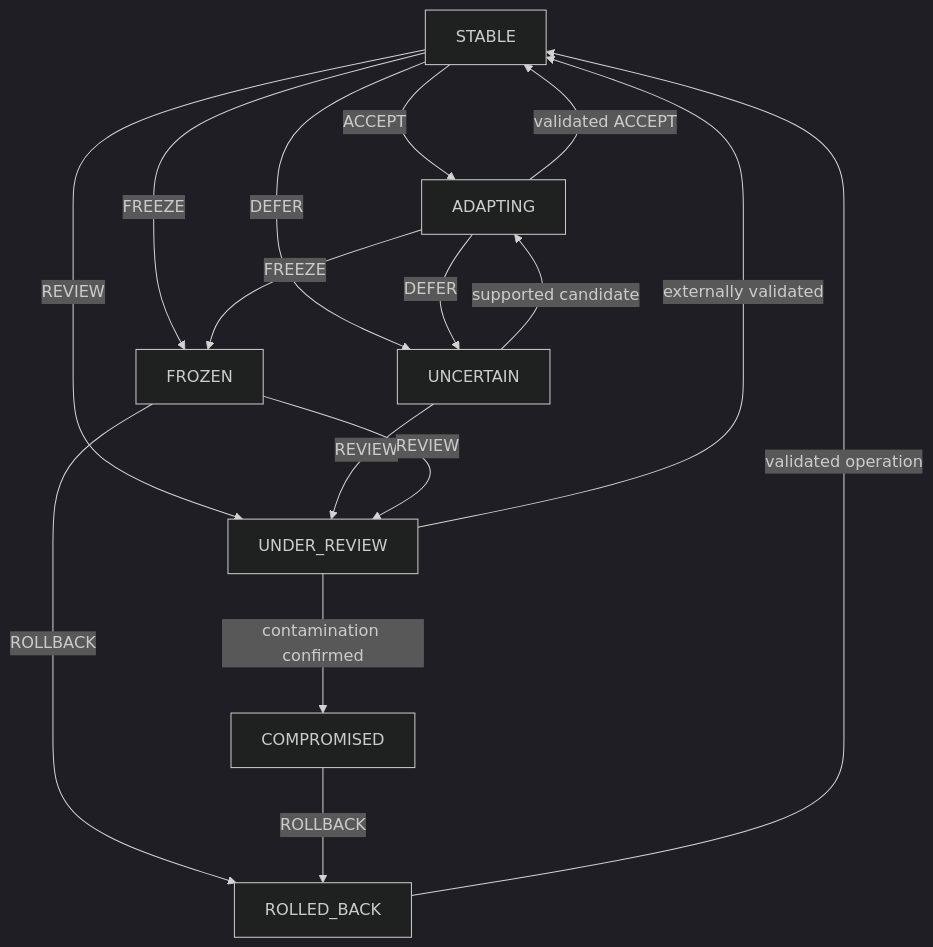
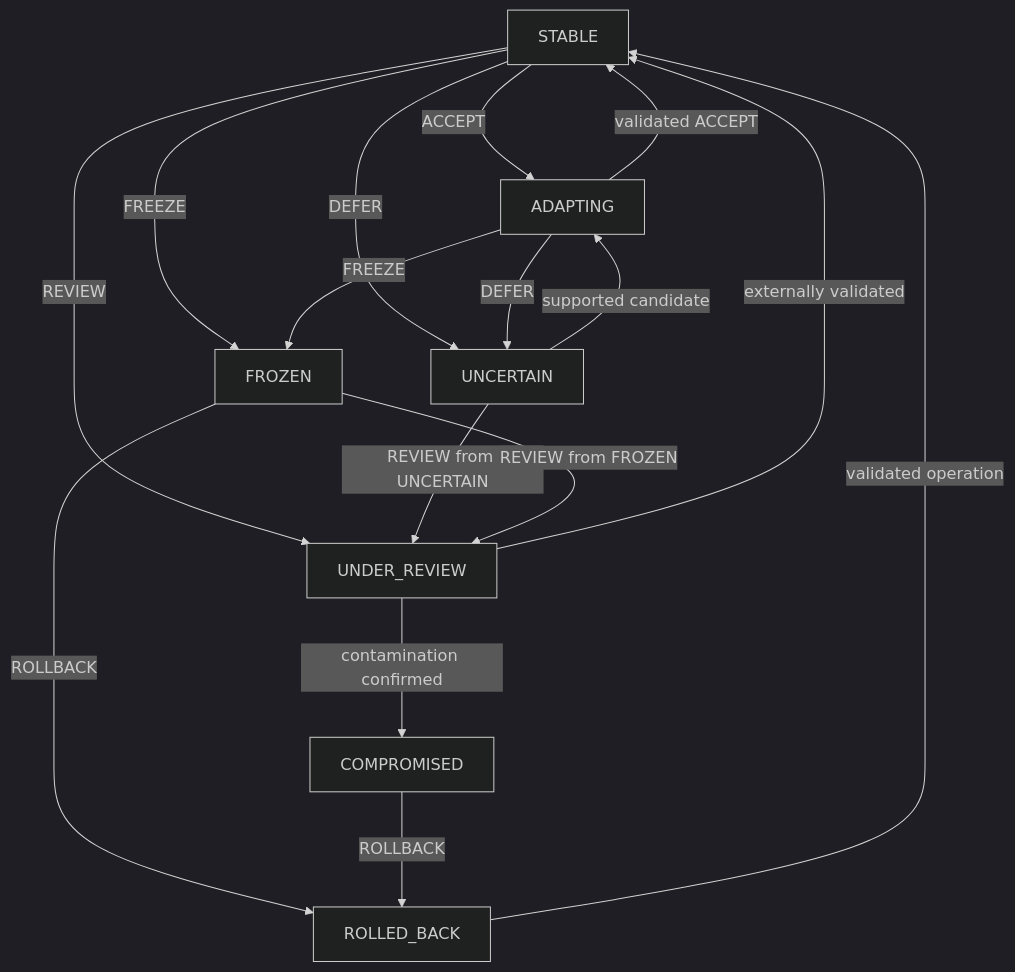
Before and after one commit to gitGyro-Dev/gyroauth: the fourth of 6 diagrams in figures/guarded_criterion_trajectories_mermaid.md, drawn with Mermaid (dark theme).

Commit message:
Disambiguate Figure 4 REVIEW transition labels by source state

````diff
--- a/figures/guarded_criterion_trajectories_mermaid.md
+++ b/figures/guarded_criterion_trajectories_mermaid.md
@@ -57,27 +57,27 @@
 ```mermaid
 %%{init: {"flowchart": {"nodeSpacing": 70, "rankSpacing": 90, "curve": "basis"}}}%%
 flowchart TB
     STABLE[STABLE]
     ADAPTING[ADAPTING]
     UNCERTAIN[UNCERTAIN]
     FROZEN[FROZEN]
     UNDER_REVIEW[UNDER_REVIEW]
     COMPROMISED[COMPROMISED]
     ROLLED_BACK[ROLLED_BACK]
 
     STABLE -->|ACCEPT| ADAPTING
     STABLE -->|DEFER| UNCERTAIN
     STABLE -->|FREEZE| FROZEN
     STABLE -->|REVIEW| UNDER_REVIEW
     ADAPTING -->|validated ACCEPT| STABLE
     ADAPTING -->|DEFER| UNCERTAIN
     ADAPTING -->|FREEZE| FROZEN
     UNCERTAIN -->|supported candidate| ADAPTING
-    UNCERTAIN -->|REVIEW| UNDER_REVIEW
-    FROZEN -->|REVIEW| UNDER_REVIEW
+    UNCERTAIN -->|REVIEW from UNCERTAIN| UNDER_REVIEW
+    FROZEN -->|REVIEW from FROZEN| UNDER_REVIEW
     FROZEN -->|ROLLBACK| ROLLED_BACK
     COMPROMISED -->|ROLLBACK| ROLLED_BACK
     UNDER_REVIEW -->|externally validated| STABLE
     UNDER_REVIEW -->|contamination confirmed| COMPROMISED
     ROLLED_BACK -->|validated operation| STABLE
 ```
````
